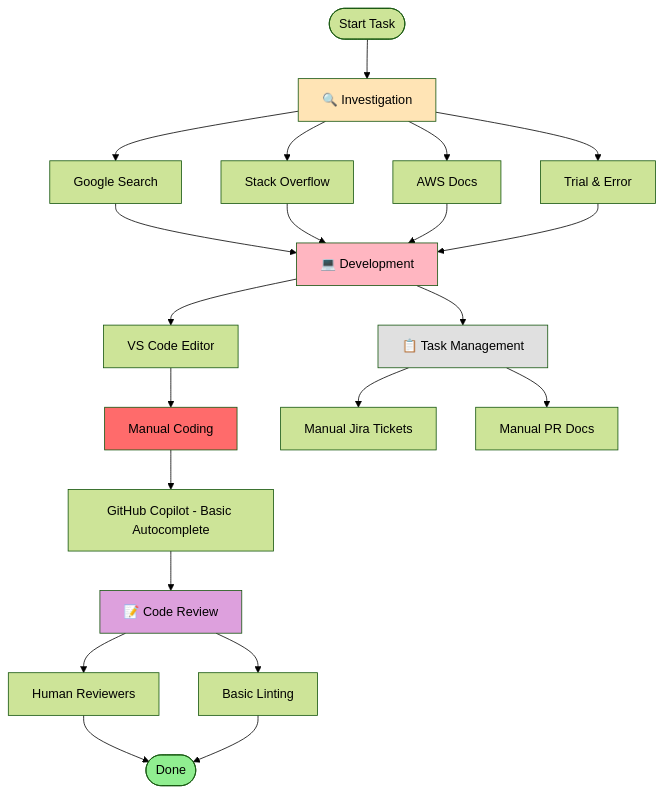
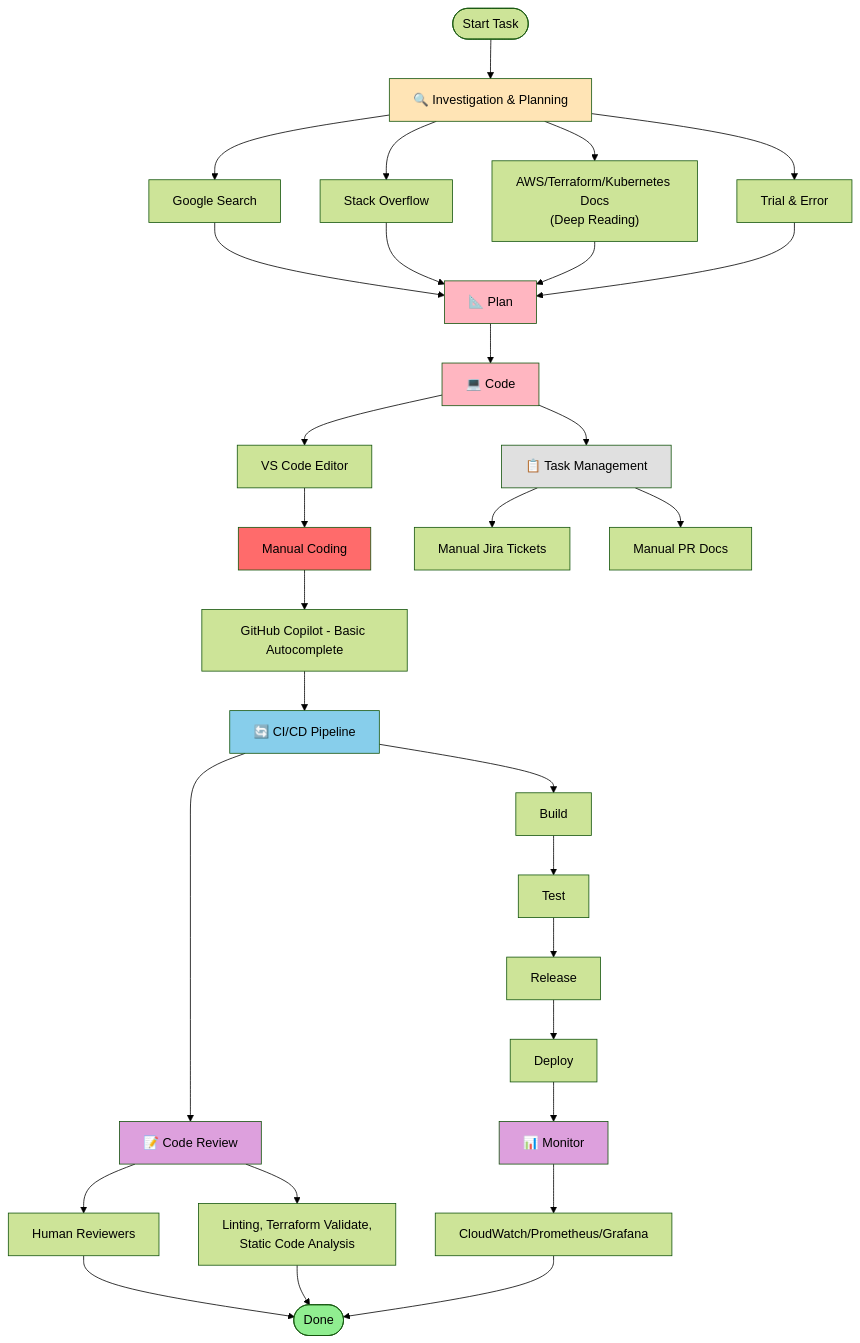
Before and after one commit to carim07/carim-web: the first of 3 diagrams in content/posts/devops-workflow-evolution/index.md, drawn with Mermaid (forest theme). The commit also changed other lines of this file, not shown here.

```diff
--- a/content/posts/devops-workflow-evolution/index.md
+++ b/content/posts/devops-workflow-evolution/index.md
@@ -38,35 +38,49 @@
 {{< mermaid >}}
 flowchart TD
-    Start([Start Task]) --> Investigate["🔍 Investigation"]
+    Start([Start Task]) --> Investigate["🔍 Investigation & Planning"]
     Investigate --> Google[Google Search]
     Investigate --> StackOverflow[Stack Overflow]
-    Investigate --> Docs[AWS Docs]
+    Investigate --> Docs["AWS/Terraform/Kubernetes Docs<br/>(Deep Reading)"]
     Investigate --> Trial["Trial & Error"]
     
-    Google --> Code["💻 Development"]
-    StackOverflow --> Code
-    Docs --> Code
-    Trial --> Code
+    Google --> Plan["📐 Plan"]
+    StackOverflow --> Plan
+    Docs --> Plan
+    Trial --> Plan
     
+    Plan --> Code["💻 Code"]
     Code --> VSCode[VS Code Editor]
     VSCode --> Manual[Manual Coding]
     Manual --> Copilot["GitHub Copilot - Basic Autocomplete"]
-    Copilot --> Review["📝 Code Review"]
+    
+    Copilot --> CICD["🔄 CI/CD Pipeline"]
+    CICD --> Build["Build"]
+    Build --> Test["Test"]
+    Test --> Release["Release"]
+    Release --> Deploy["Deploy"]
+    
+    Deploy --> Monitor["📊 Monitor"]
+    Monitor --> CloudWatch["CloudWatch/Prometheus/Grafana"]
     
     Code --> Tasks["📋 Task Management"]
     Tasks --> ManualJira[Manual Jira Tickets]
     Tasks --> ManualDocs[Manual PR Docs]
     
+    CICD --> Review["📝 Code Review"]
     Review --> HumanReview[Human Reviewers]
-    Review --> BasicChecks[Basic Linting]
+    Review --> AutomatedChecks["Linting, Terraform Validate,<br/>Static Code Analysis"]
     
     HumanReview --> Done([Done])
-    BasicChecks --> Done
+    AutomatedChecks --> Done
+    CloudWatch --> Done
     
     style Investigate fill:#FFE4B5
+    style Plan fill:#FFB6C1
     style Code fill:#FFB6C1
+    style CICD fill:#87CEEB
+    style Monitor fill:#DDA0DD
     style Tasks fill:#E0E0E0
     style Review fill:#DDA0DD
     style Manual fill:#FF6B6B
     style Done fill:#90EE90
 {{< /mermaid >}}
```
